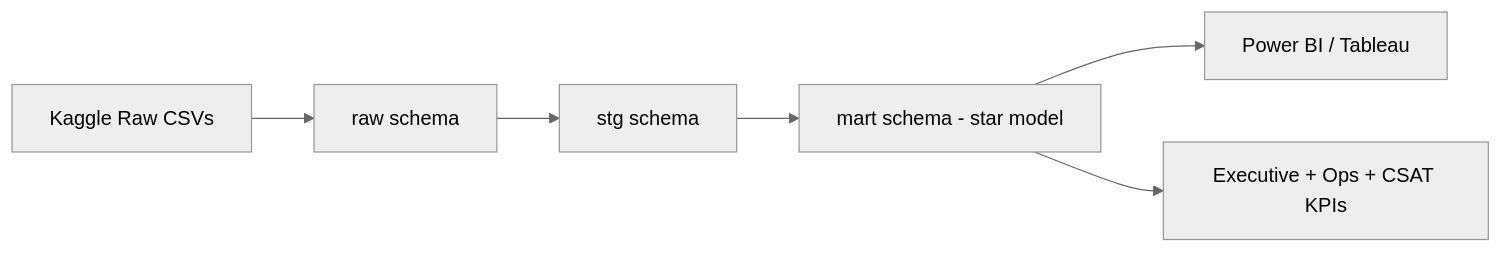
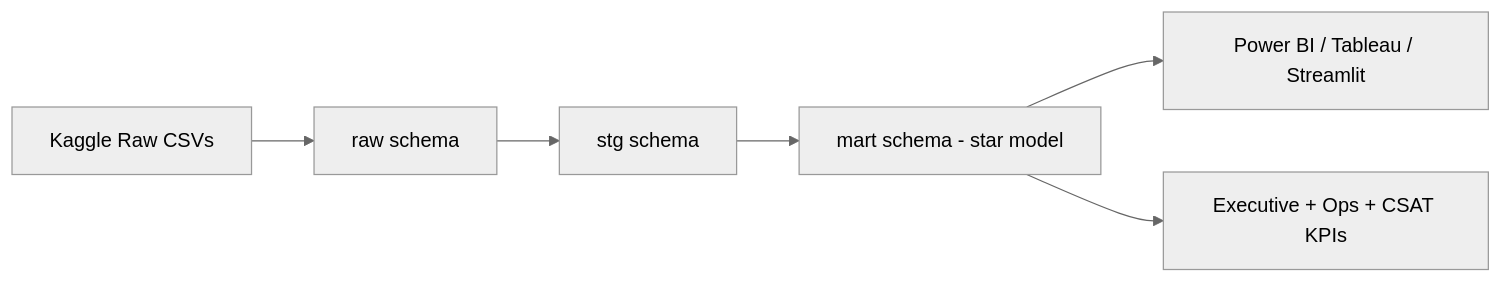
Before and after one commit to bobaoxu2001/Olist-Dashboard: the diagram in README.md, drawn with Mermaid (neutral theme). The commit also changed other lines of this file and 7 other files, not shown here.

````diff
--- a/README.md
+++ b/README.md
@@ -30,8 +30,8 @@
 ```mermaid
 flowchart LR
     A[Kaggle Raw CSVs] --> B[raw schema]
     B --> C[stg schema]
     C --> D[mart schema - star model]
-    D --> E[Power BI / Tableau]
+    D --> E[Power BI / Tableau / Streamlit]
     D --> F[Executive + Ops + CSAT KPIs]
 ```
````
